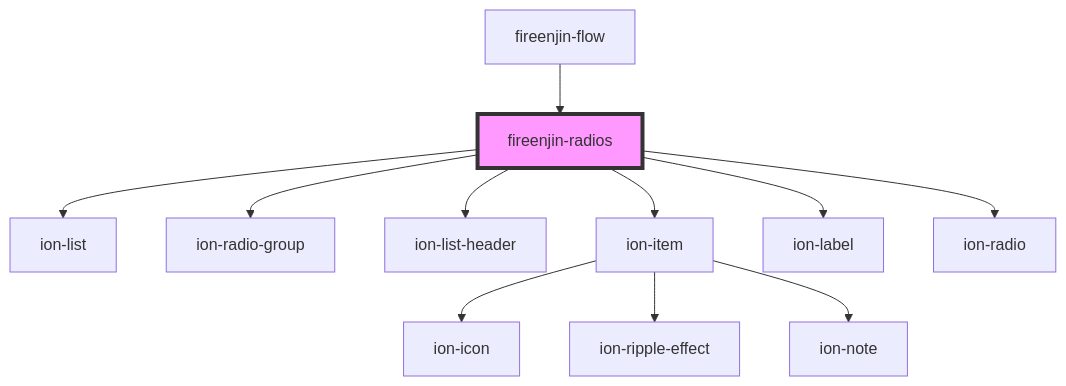
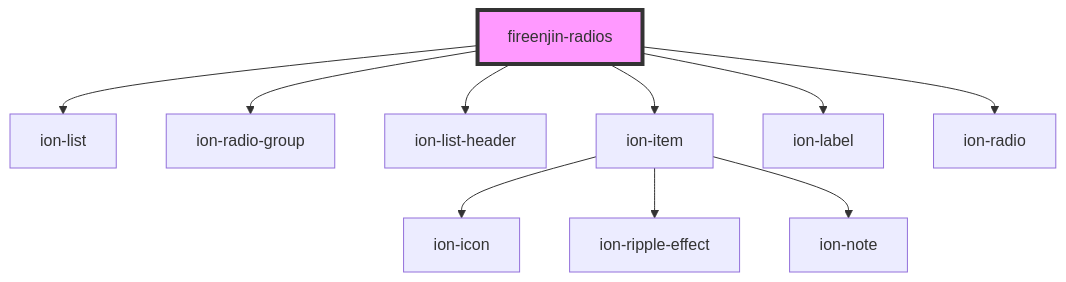
Before and after one commit to FireEnjin/Components: the diagram in src/components/radios/readme.md, drawn with Mermaid. The commit also changed other lines of this file and 18 other files, not shown here.

````diff
--- a/src/components/radios/readme.md
+++ b/src/components/radios/readme.md
@@ -56,14 +52,13 @@
 ```mermaid
 graph TD;
   fireenjin-radios --> ion-list
   fireenjin-radios --> ion-radio-group
   fireenjin-radios --> ion-list-header
   fireenjin-radios --> ion-item
   fireenjin-radios --> ion-label
   fireenjin-radios --> ion-radio
   ion-item --> ion-icon
   ion-item --> ion-ripple-effect
   ion-item --> ion-note
-  fireenjin-flow --> fireenjin-radios
   style fireenjin-radios fill:#f9f,stroke:#333,stroke-width:4px
 ```
````
